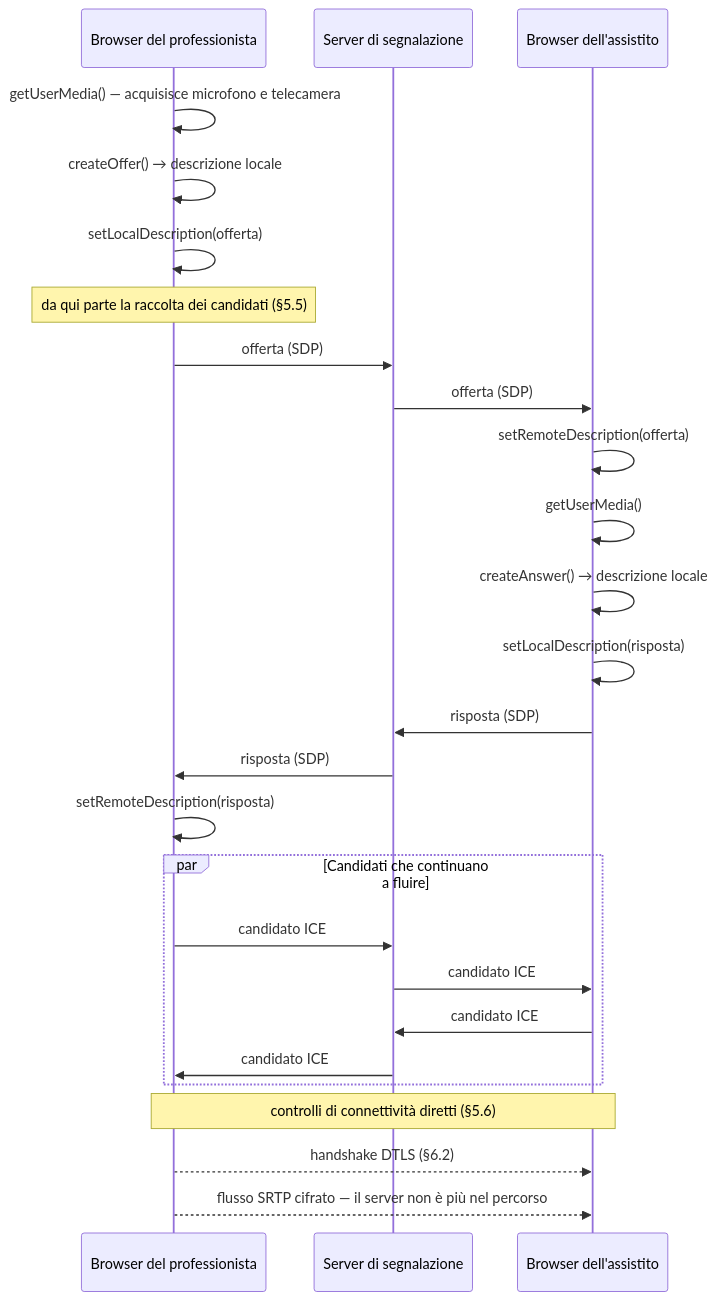
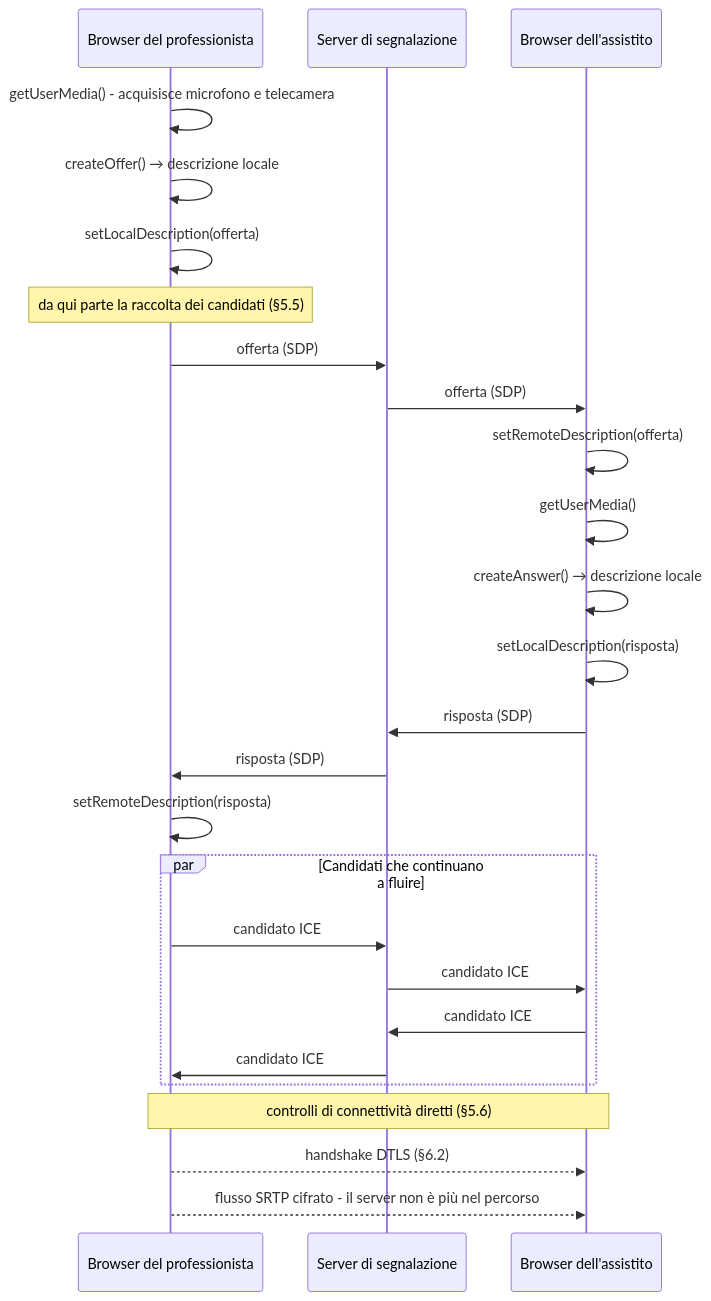
The first of 5 diagrams in docs/10_fondamenti/08-webrtc-da-zero.md (fedcal/Telemedic), drawn with Mermaid before and after one commit. The commit also changed other lines of this file and 301 other files, not shown here.

````diff
--- a/docs/10_fondamenti/08-webrtc-da-zero.md
+++ b/docs/10_fondamenti/08-webrtc-da-zero.md
@@ -541,31 +541,31 @@
 ```mermaid
 sequenceDiagram
     participant P as Browser del professionista
     participant S as Server di segnalazione
     participant A as Browser dell'assistito
 
-    P->>P: getUserMedia() — acquisisce microfono e telecamera
+    P->>P: getUserMedia() - acquisisce microfono e telecamera
     P->>P: createOffer() → descrizione locale
     P->>P: setLocalDescription(offerta)
     Note over P: da qui parte la raccolta dei candidati (§5.5)
     P->>S: offerta (SDP)
     S->>A: offerta (SDP)
     A->>A: setRemoteDescription(offerta)
     A->>A: getUserMedia()
     A->>A: createAnswer() → descrizione locale
     A->>A: setLocalDescription(risposta)
     A->>S: risposta (SDP)
     S->>P: risposta (SDP)
     P->>P: setRemoteDescription(risposta)
 
     par Candidati che continuano a fluire
         P->>S: candidato ICE
         S->>A: candidato ICE
         A->>S: candidato ICE
         S->>P: candidato ICE
     end
 
     Note over P,A: controlli di connettività diretti (§5.6)
     P-->>A: handshake DTLS (§6.2)
-    P-->>A: flusso SRTP cifrato — il server non è più nel percorso
+    P-->>A: flusso SRTP cifrato - il server non è più nel percorso
 ```
````
